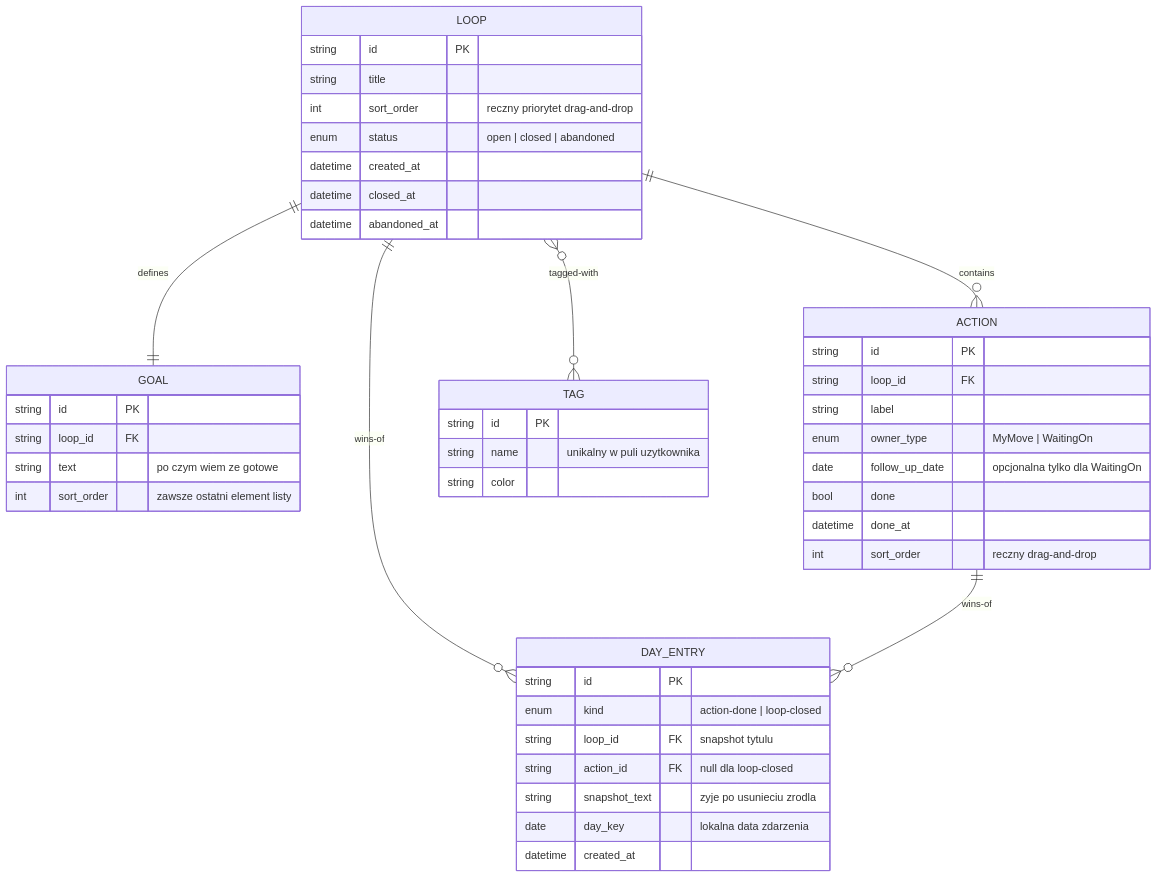
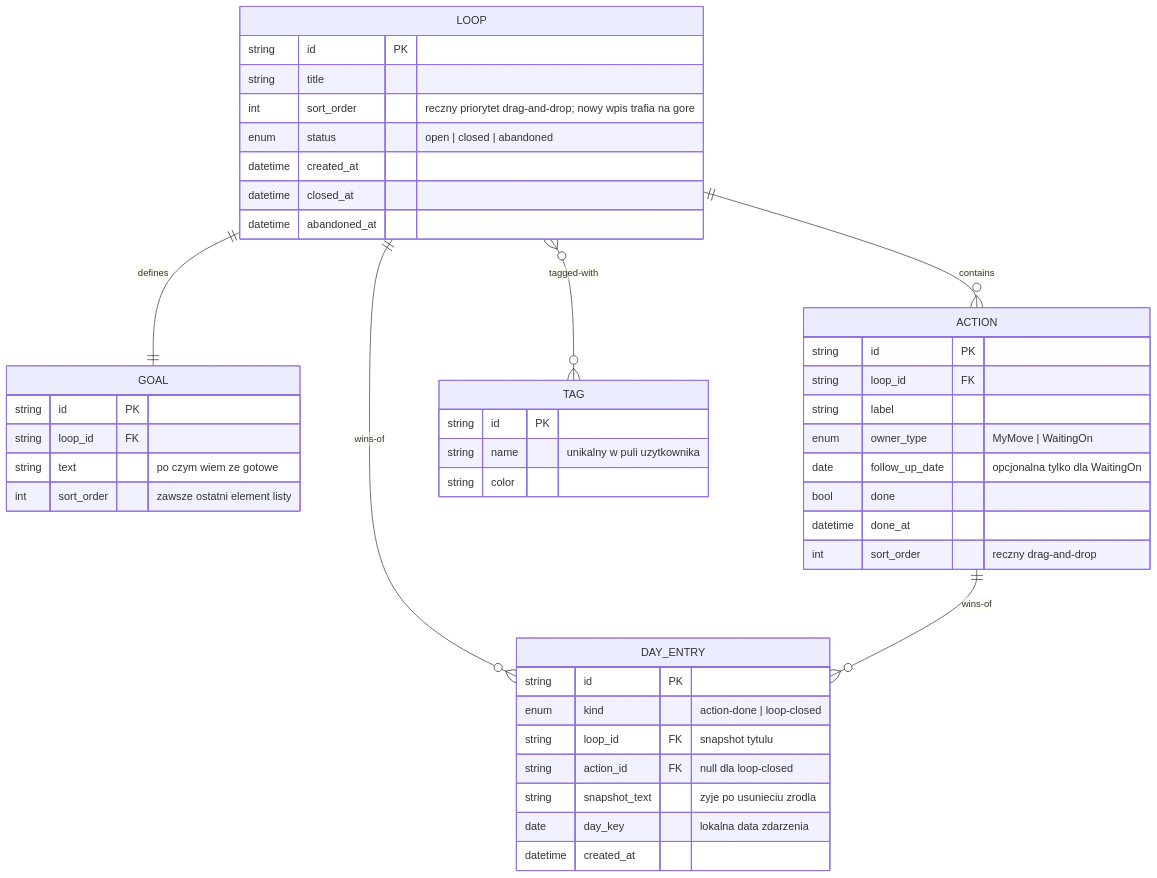
The diagram in docs/ENTITY_MAP.md (marekbrze/openloops), drawn with Mermaid before and after one commit. The commit also changed 13 other files, not shown here.

Commit message:
proto:detail(workbench): module spec — flows, screens, edge cases + ADR-0001..0010

````diff
--- a/docs/ENTITY_MAP.md
+++ b/docs/ENTITY_MAP.md
@@ -5,48 +5,48 @@
 ```mermaid
 erDiagram
     LOOP ||--|| GOAL : "defines"
     LOOP ||--o{ ACTION : "contains"
     LOOP }o--o{ TAG : "tagged-with"
     LOOP ||--o{ DAY_ENTRY : "wins-of"
     ACTION ||--o{ DAY_ENTRY : "wins-of"
 
     LOOP {
         string id PK
         string title
-        int sort_order "reczny priorytet drag-and-drop"
+        int sort_order "reczny priorytet drag-and-drop; nowy wpis trafia na gore"
         enum status "open | closed | abandoned"
         datetime created_at
         datetime closed_at
         datetime abandoned_at
     }
     GOAL {
         string id PK
         string loop_id FK
         string text "po czym wiem ze gotowe"
         int sort_order "zawsze ostatni element listy"
     }
     ACTION {
         string id PK
         string loop_id FK
         string label
         enum owner_type "MyMove | WaitingOn"
         date follow_up_date "opcjonalna tylko dla WaitingOn"
         bool done
         datetime done_at
         int sort_order "reczny drag-and-drop"
     }
     TAG {
         string id PK
         string name "unikalny w puli uzytkownika"
         string color
     }
     DAY_ENTRY {
         string id PK
         enum kind "action-done | loop-closed"
         string loop_id FK "snapshot tytulu"
         string action_id FK "null dla loop-closed"
         string snapshot_text "zyje po usunieciu zrodla"
         date day_key "lokalna data zdarzenia"
         datetime created_at
     }
 ```
````
